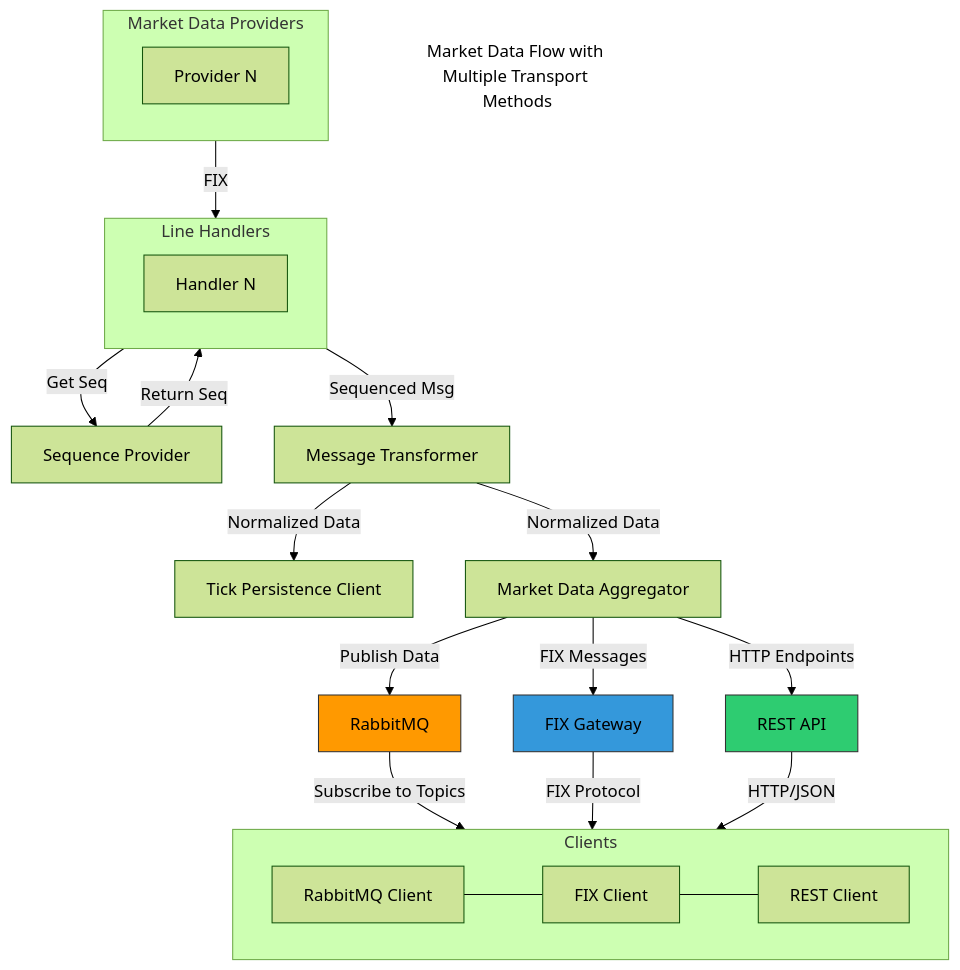
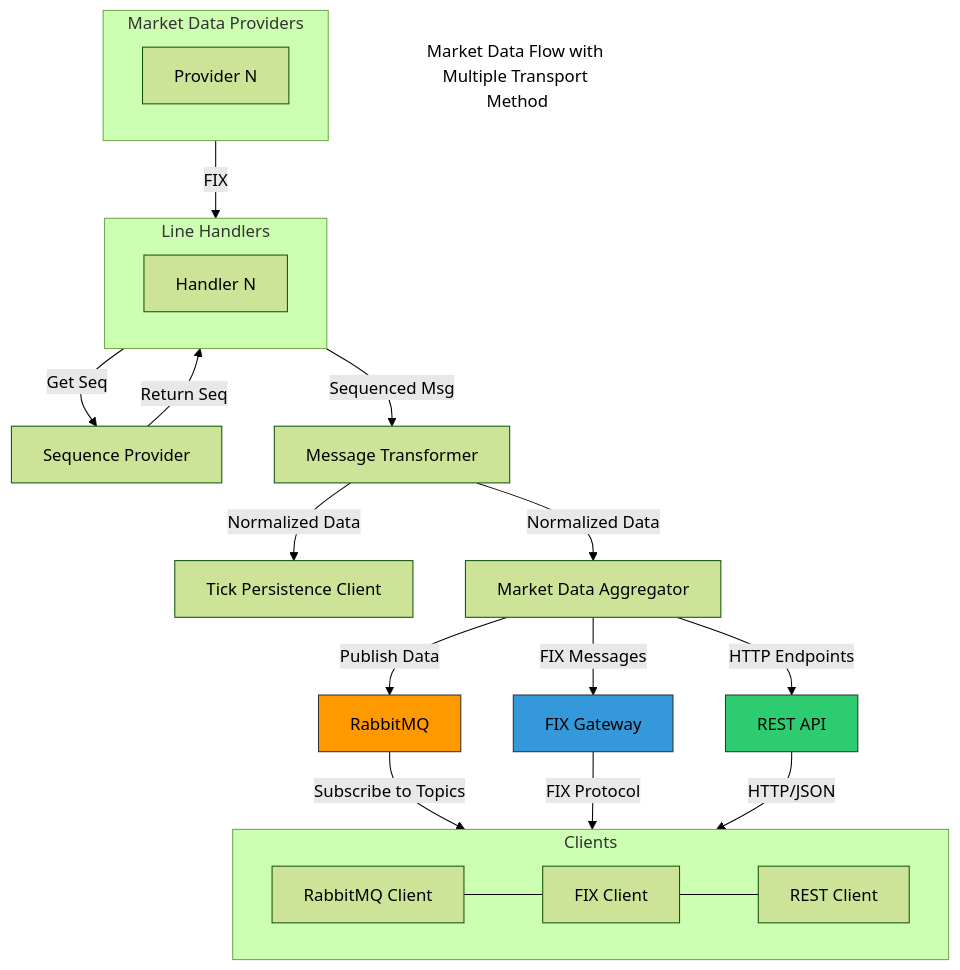
Before and after one commit to fmarshalnyx/diagrams: the diagram in md-flow.mmd, drawn with Mermaid (forest theme).

```diff
--- a/md-flow.mmd
+++ b/md-flow.mmd
@@ -1,72 +1,72 @@
 
     flowchart TD
         %% Title
-        title["Market Data Flow with Multiple Transport Methods"]
+        title["Market Data Flow with Multiple Transport Method"]
         classDef invisible fill:none,stroke:none
         class title invisible
 
             %% Styles for transport methods
         classDef rabbitmq fill:#ff9900,stroke:#333,stroke-width:1px
         classDef fix fill:#3498db,stroke:#333,stroke-width:1px
         classDef rest fill:#2ecc71,stroke:#333,stroke-width:1px
     %% Market Data Providers section with horizontal layout
     subgraph MDPs ["Market Data Providers"]
         direction LR
         MDPN["Provider N"]
     end
 
     %% Line Handlers section with horizontal layout
     subgraph LHs ["Line Handlers"]
         direction LR
         LHN["Handler N"]
     end
 
     %% Connect provider to handler
     MDPN -->|FIX| LHN
 
     %% Sequence Provider
     SeqProvider["Sequence Provider"]
 
     %% Line handler gets sequence
     LHN -->|Get Seq| SeqProvider
     SeqProvider -->|Return Seq| LHN
 
     %% Transformer and handler
     Transformer["Message Transformer"]
     LHN -->|Sequenced Msg| Transformer
 
     %% Downstream components
     TickPersistence["Tick Persistence Client"]
     Aggregator["Market Data Aggregator"]
 
     %% Transformer outputs
     Transformer -->|Normalized Data| TickPersistence
     Transformer -->|Normalized Data| Aggregator
 
     %% Messaging layer
     RabbitMQ["RabbitMQ"]
     class RabbitMQ rabbitmq
 
     %% Transport methods
     RabbitMQ["RabbitMQ"]
     FIX_Transport["FIX Gateway"]
     REST_API["REST API"]
     class RabbitMQ rabbitmq
     class FIX_Transport fix
     class REST_API rest
 
     %% Connect aggregator to transport methods
     Aggregator -->|Publish Data| RabbitMQ
     Aggregator -->|FIX Messages| FIX_Transport
     Aggregator -->|HTTP Endpoints| REST_API
 
     %% Client section with horizontal layout
     subgraph Clients ["Clients"]
         direction LR
         Client1["RabbitMQ Client"] --- Client2["FIX Client"] --- Client3["REST Client"]
     end
 
     %% Connect transport methods to clients
     RabbitMQ -->|Subscribe to Topics| Client1
     FIX_Transport -->|FIX Protocol| Client2
     REST_API -->|HTTP/JSON| Client3
```
